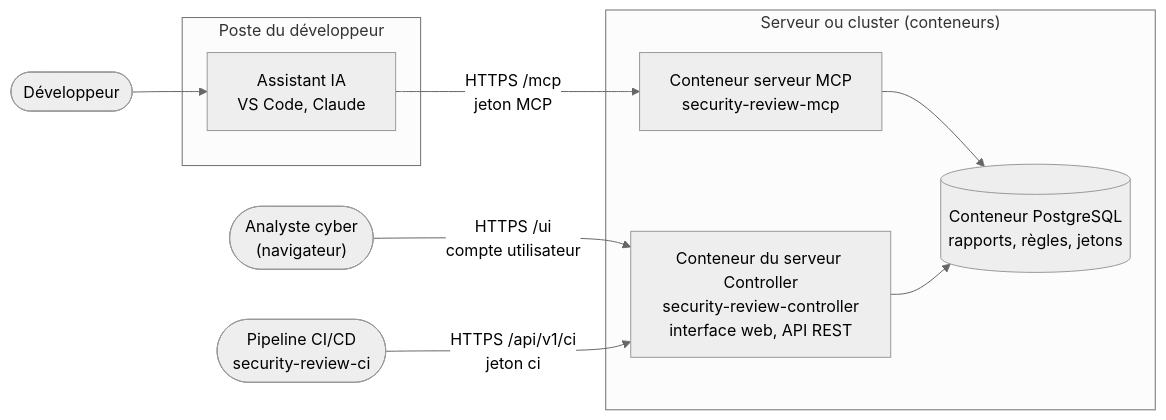
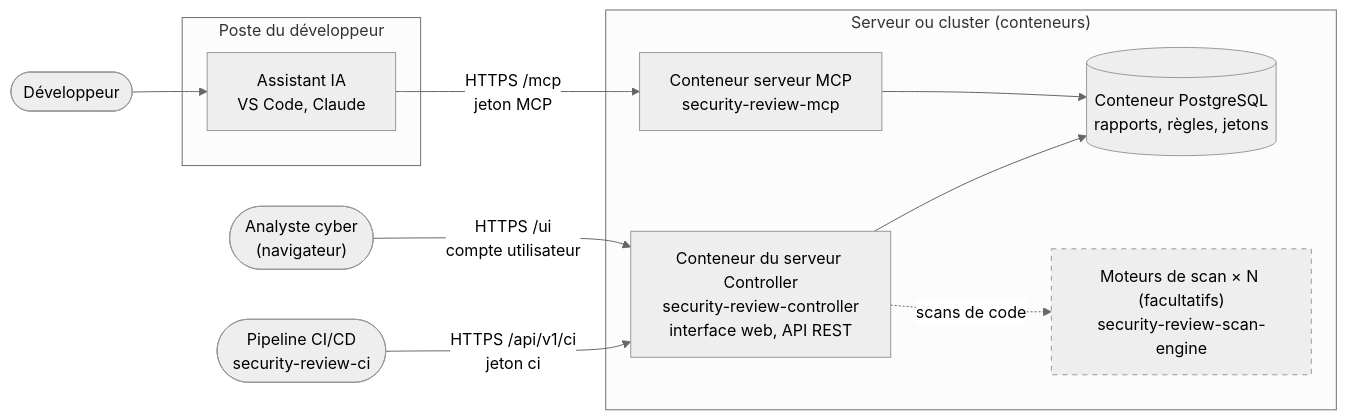
The second of 2 diagrams in docs/services.fr.md (cyr-ius/security-review), drawn with Mermaid (neutral theme) before and after one commit. The commit also changed other lines of this file and 6 other files, not shown here.

````diff
--- a/docs/services.fr.md
+++ b/docs/services.fr.md
@@ -31,19 +37,22 @@
 ```mermaid
 flowchart LR
     dev(["Développeur"]) --> agent
     subgraph ws["Poste du développeur"]
         agent["Assistant IA<br/>VS Code, Claude"]
     end
     analyst(["Analyste cyber<br/>(navigateur)"])
     ci(["Pipeline CI/CD<br/>security-review-ci"])
     subgraph srv["Serveur ou cluster (conteneurs)"]
         mcp["Conteneur serveur MCP<br/>security-review-mcp"]
         ctl["Conteneur du serveur Controller<br/>security-review-controller<br/>interface web, API REST"]
         pg[("Conteneur PostgreSQL<br/>rapports, règles, jetons")]
+        eng["Moteurs de scan × N (facultatifs)<br/>security-review-scan-engine"]
     end
     agent -- "HTTPS /mcp<br/>jeton MCP" --> mcp
     analyst -- "HTTPS /ui<br/>compte utilisateur" --> ctl
     ci -- "HTTPS /api/v1/ci<br/>jeton ci" --> ctl
     mcp --> pg
     ctl --> pg
+    ctl -. "scans de code" .-> eng
+    style eng stroke-dasharray: 5 5
 ```
````
